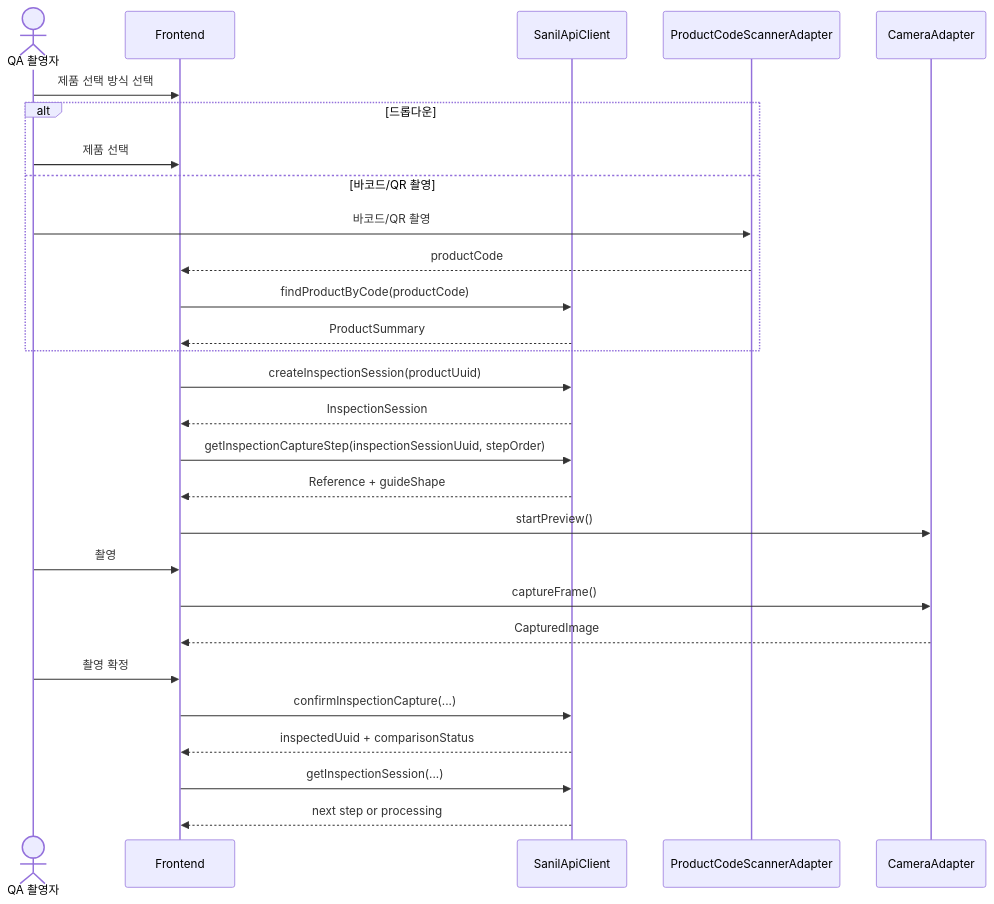
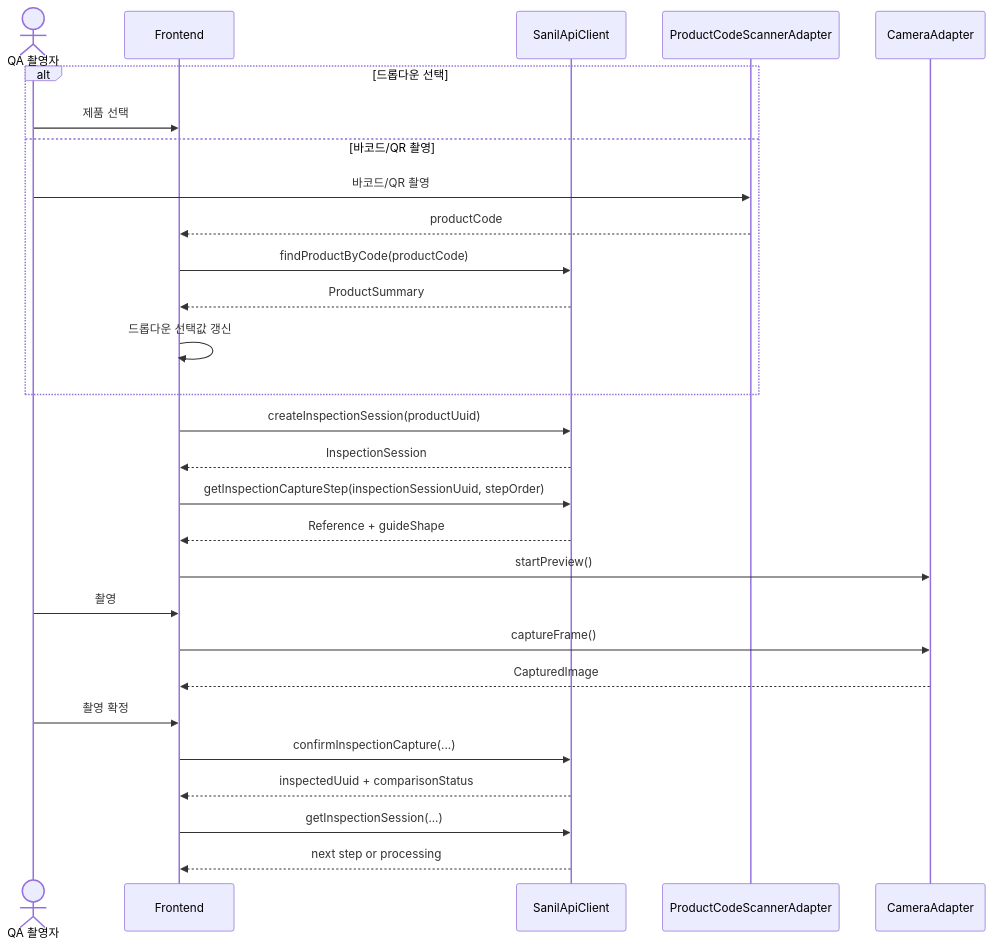
Before and after one commit to Dreamer-Dy-Yun/SANIL: the diagram in frontend/docs/frontend-design.md, drawn with Mermaid. The commit also changed other lines of this file and 16 other files, not shown here.

````diff
--- a/frontend/docs/frontend-design.md
+++ b/frontend/docs/frontend-design.md
@@ -88,31 +89,31 @@
 ```mermaid
 sequenceDiagram
     actor User as QA 촬영자
     participant UI as Frontend
     participant API as SanilApiClient
     participant Scanner as ProductCodeScannerAdapter
     participant Camera as CameraAdapter
 
-    User->>UI: 제품 선택 방식 선택
-    alt 드롭다운
+    alt 드롭다운 선택
       User->>UI: 제품 선택
     else 바코드/QR 촬영
       User->>Scanner: 바코드/QR 촬영
       Scanner-->>UI: productCode
       UI->>API: findProductByCode(productCode)
       API-->>UI: ProductSummary
+      UI->>UI: 드롭다운 선택값 갱신
     end
     UI->>API: createInspectionSession(productUuid)
     API-->>UI: InspectionSession
     UI->>API: getInspectionCaptureStep(inspectionSessionUuid, stepOrder)
     API-->>UI: Reference + guideShape
     UI->>Camera: startPreview()
     User->>UI: 촬영
     UI->>Camera: captureFrame()
     Camera-->>UI: CapturedImage
     User->>UI: 촬영 확정
     UI->>API: confirmInspectionCapture(...)
     API-->>UI: inspectedUuid + comparisonStatus
     UI->>API: getInspectionSession(...)
     API-->>UI: next step or processing
 ```
````
